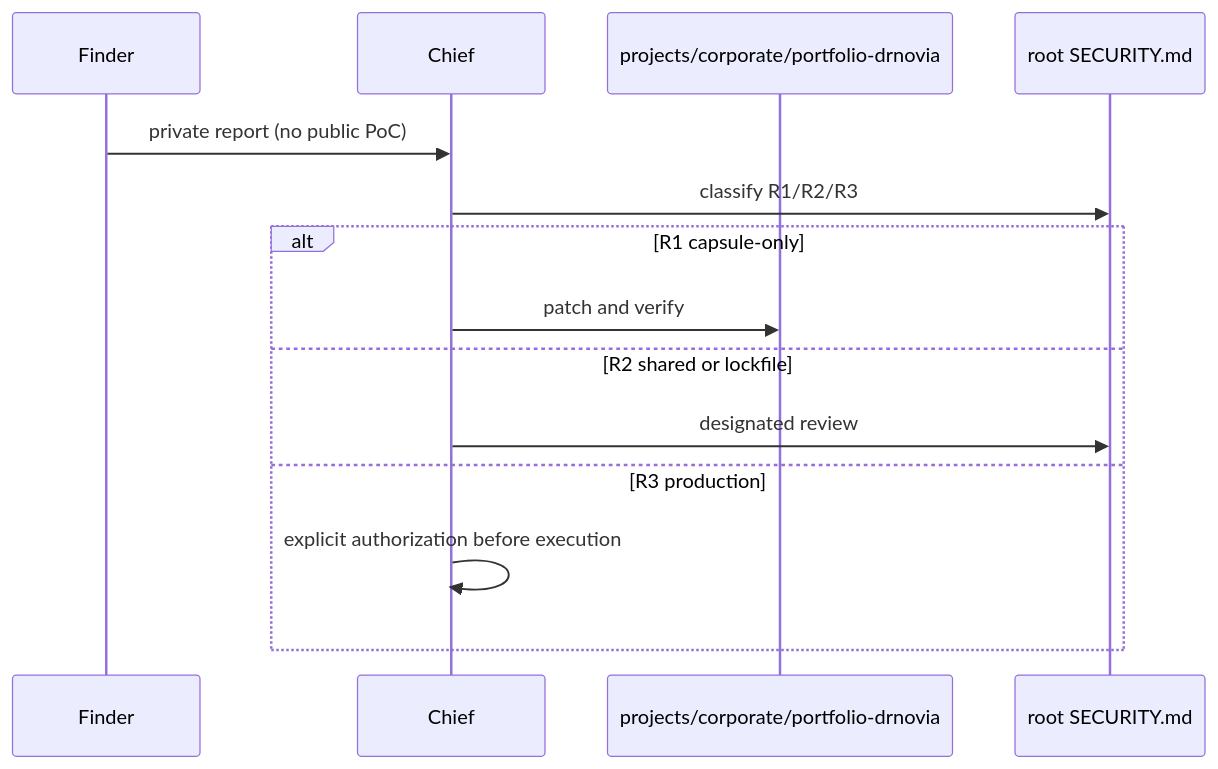
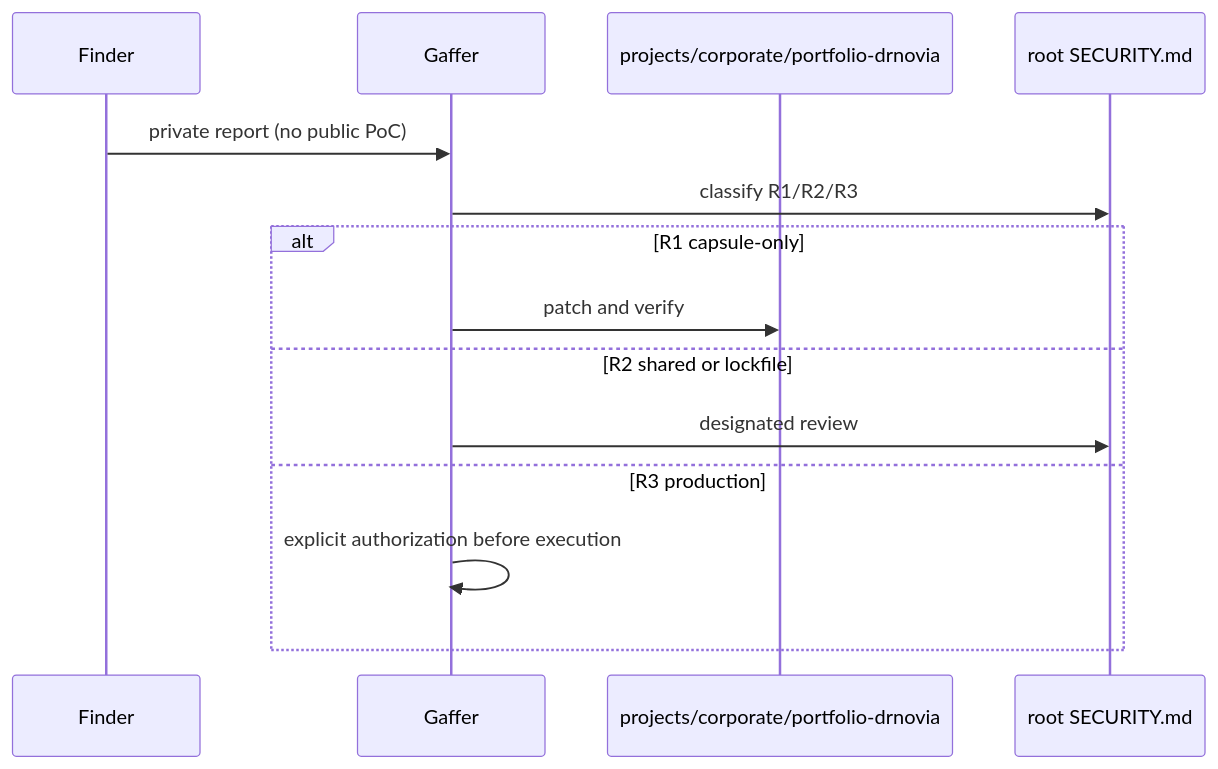
One commit to drferdi/Monorepo-safrs changed the diagram in projects/corporate/portfolio-drnovia/SECURITY.md. Above: the diagram before and after it, drawn with Mermaid. The commit also changed other lines of this file and 37 other files, not shown here.

First line of the commit message:
docs: address the owner as Gaffer in unclaimed capsule docs (R1)

````diff
--- a/projects/corporate/portfolio-drnovia/SECURITY.md
+++ b/projects/corporate/portfolio-drnovia/SECURITY.md
@@ -16,16 +16,16 @@
 ```mermaid
 sequenceDiagram
   participant Finder
-  participant Chief
+  participant Gaffer
   participant Capsule as projects/corporate/portfolio-drnovia
   participant Root as root SECURITY.md
-  Finder->>Chief: private report (no public PoC)
-  Chief->>Root: classify R1/R2/R3
+  Finder->>Gaffer: private report (no public PoC)
+  Gaffer->>Root: classify R1/R2/R3
   alt R1 capsule-only
-    Chief->>Capsule: patch and verify
+    Gaffer->>Capsule: patch and verify
   else R2 shared or lockfile
-    Chief->>Root: designated review
+    Gaffer->>Root: designated review
   else R3 production
-    Chief->>Chief: explicit authorization before execution
+    Gaffer->>Gaffer: explicit authorization before execution
   end
 ```
````
